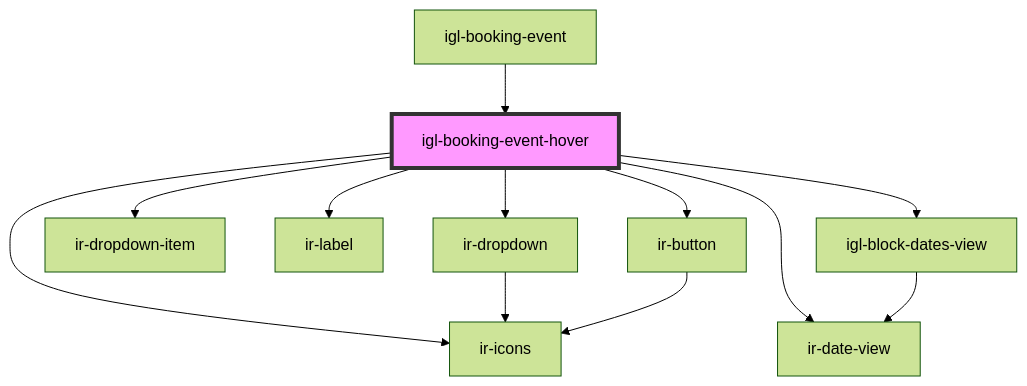
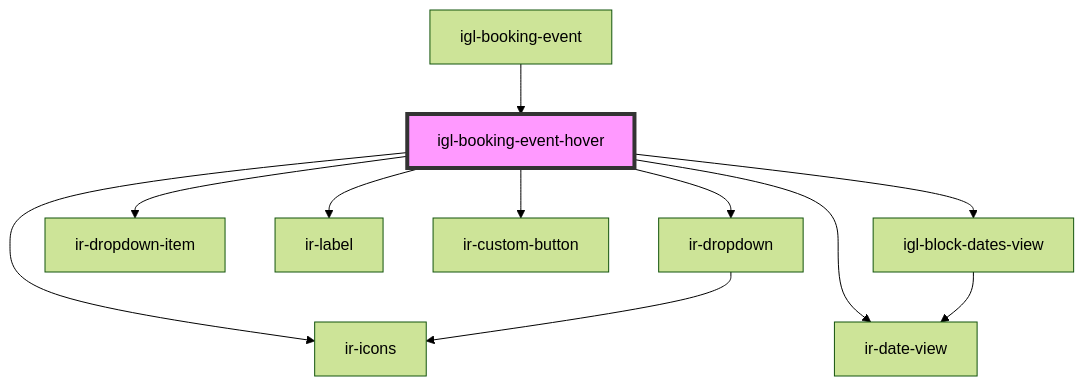
Before and after one commit to RonyRizk/ir-webcmp: the diagram in src/components/igloo-calendar/igl-booking-event-hover/readme.md, drawn with Mermaid (forest theme). The commit also changed other lines of this file and 433 other files, not shown here.

````diff
--- a/src/components/igloo-calendar/igl-booking-event-hover/readme.md
+++ b/src/components/igloo-calendar/igl-booking-event-hover/readme.md
@@ -48,15 +48,14 @@
 ```mermaid
 graph TD;
   igl-booking-event-hover --> ir-dropdown
   igl-booking-event-hover --> ir-icons
   igl-booking-event-hover --> ir-dropdown-item
   igl-booking-event-hover --> ir-date-view
   igl-booking-event-hover --> ir-label
-  igl-booking-event-hover --> ir-button
+  igl-booking-event-hover --> ir-custom-button
   igl-booking-event-hover --> igl-block-dates-view
   ir-dropdown --> ir-icons
-  ir-button --> ir-icons
   igl-block-dates-view --> ir-date-view
   igl-booking-event --> igl-booking-event-hover
   style igl-booking-event-hover fill:#f9f,stroke:#333,stroke-width:4px
 ```
````
